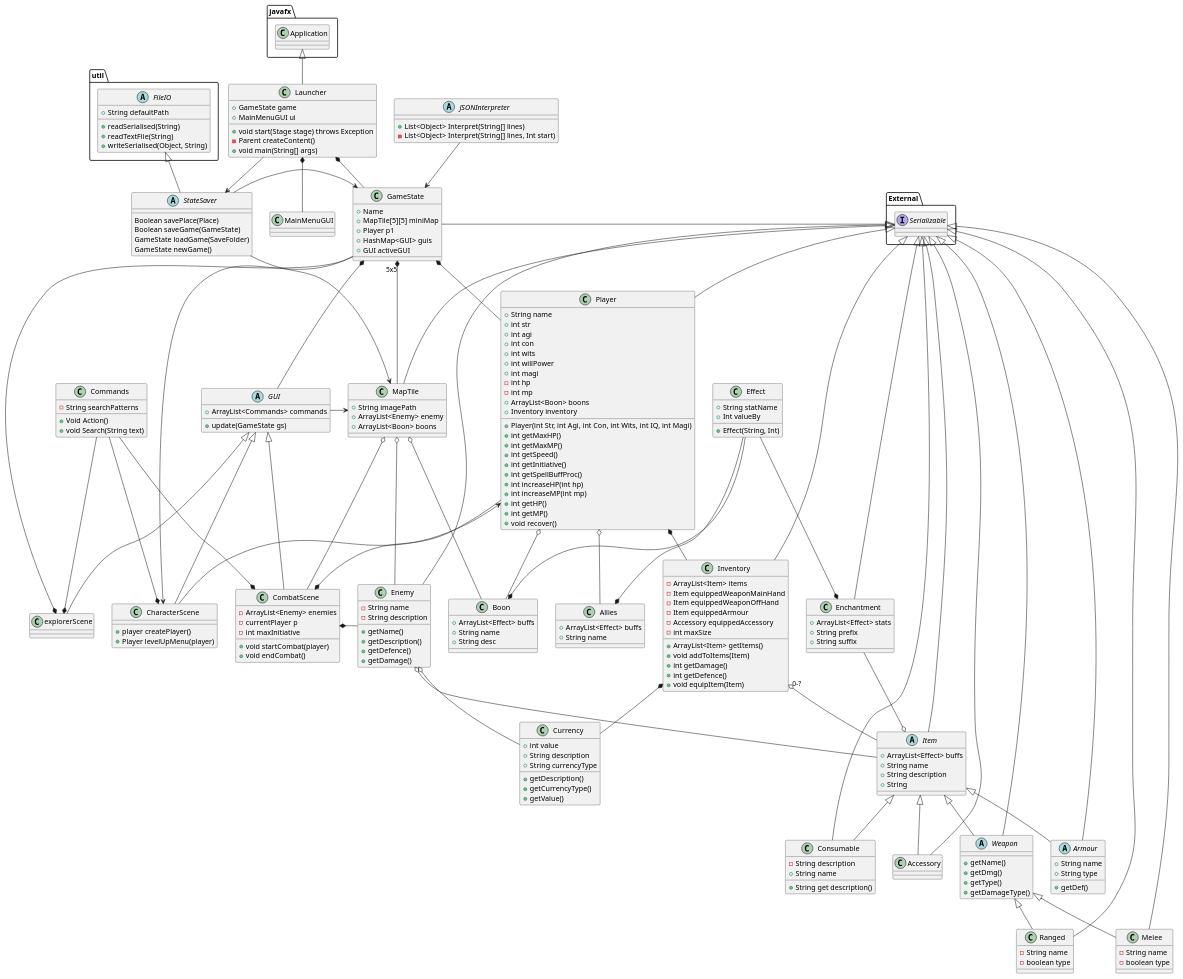
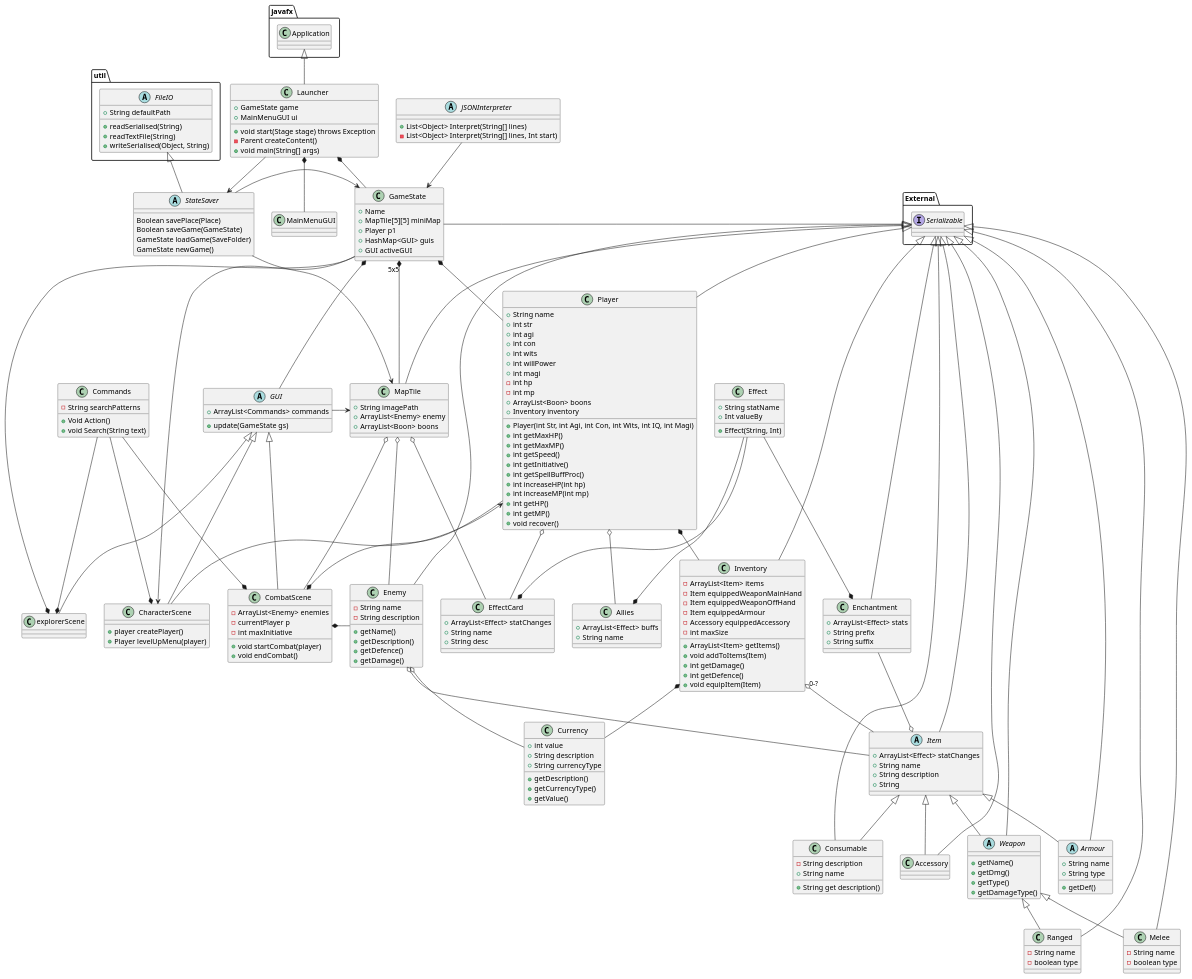
Before and after one commit to SirRolin/Philoshopers-ICE: the diagram in Documentation/klassediagram.puml, drawn with PlantUML. The commit also changed 7 other files, not shown here.

```diff
--- a/Documentation/klassediagram.puml
+++ b/Documentation/klassediagram.puml
@@ -98,7 +98,7 @@
     + ArrayList<Boon> boons
 }
 abstract class Item extends External.Serializable{
-    + ArrayList<Effect> buffs
+    + ArrayList<Effect> statChanges
     + String name
     + String description
     + String
@@ -160,8 +160,8 @@
 
 
 }
-class Boon {
-    + ArrayList<Effect> buffs
+class EffectCard {
+    + ArrayList<Effect> statChanges
     + String name
     + String desc
 }
@@ -188,7 +188,7 @@
 Enchantment -o Item
 Effect --* Enchantment
 Effect --* Allies
-Effect --* Boon
+Effect --* EffectCard
 Inventory *- Currency
 Enemy o-- Currency
 Enemy o- Item
@@ -196,7 +196,7 @@
 MapTile o-- CombatScene
 Player -* CombatScene
 CombatScene *- Enemy
-Player o-- Boon
-MapTile o-- Boon
+Player o-- EffectCard
+MapTile o-- EffectCard
 
 @enduml
```
